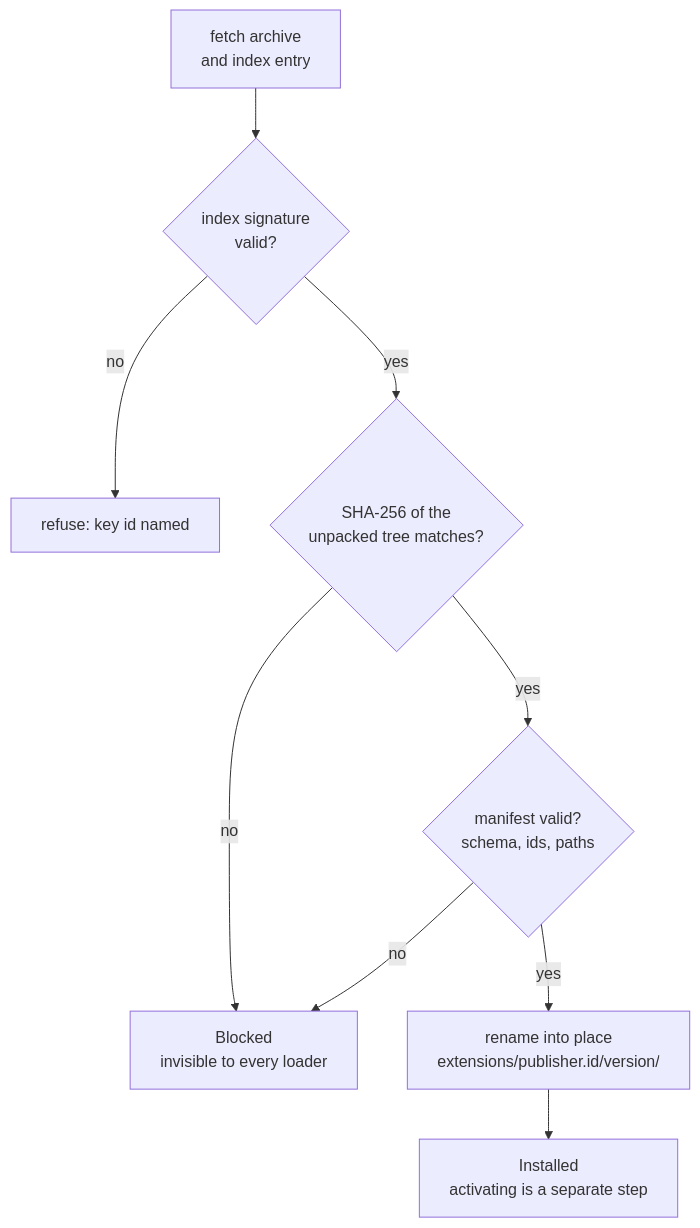
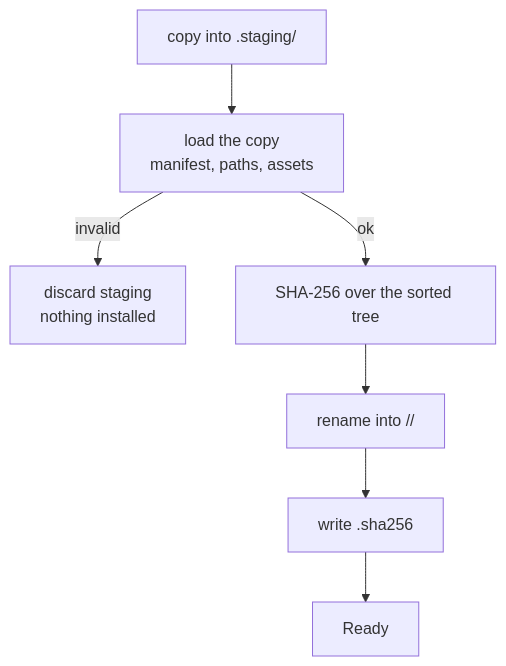
One commit to skamansam/acpilot changed the first of 2 diagrams in site/src/content/docs/mod-shop/registry.md. Above: the diagram before and after it, drawn with Mermaid. The commit also changed other lines of this file and 32 other files, not shown here.

````diff
--- a/site/src/content/docs/mod-shop/registry.md
+++ b/site/src/content/docs/mod-shop/registry.md
@@ -55,11 +30,9 @@
 ```mermaid
 flowchart TD
-    fetch["fetch archive<br/>and index entry"] --> sig{"index signature<br/>valid?"}
-    sig -->|no| stop["refuse: key id named"]
-    sig -->|yes| hash{"SHA-256 of the<br/>unpacked tree matches?"}
-    hash -->|no| blocked["Blocked<br/>invisible to every loader"]
-    hash -->|yes| manifest{"manifest valid?<br/>schema, ids, paths"}
-    manifest -->|no| blocked
-    manifest -->|yes| store["rename into place<br/>extensions/publisher.id/version/"]
-    store --> ready["Installed<br/>activating is a separate step"]
+    copy["copy into .staging/"] --> load["load the copy<br/>manifest, paths, assets"]
+    load -->|invalid| discard["discard staging<br/>nothing installed"]
+    load -->|ok| hash["SHA-256 over the sorted tree"]
+    hash --> rename["rename into <id>/<version>/"]
+    rename --> record["write <version>.sha256"]
+    record --> ready["Ready"]
 ```
````
